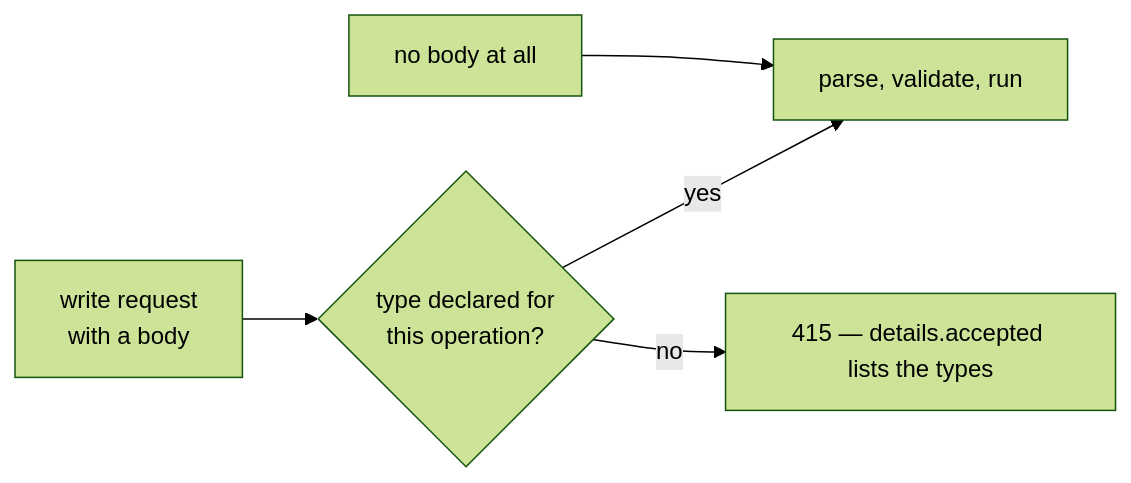
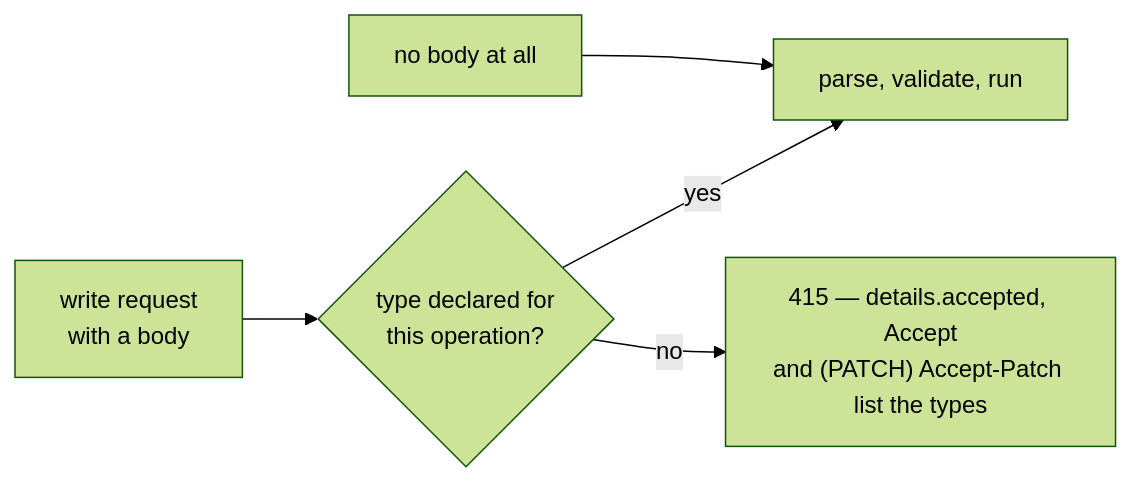
Before and after one commit to Guebbit/boilerplate-node-backend: the second of 4 diagrams in docs/api/write-methods.md, drawn with Mermaid (forest theme). The commit also changed other lines of this file and 10 other files, not shown here.

First line of the commit message:
feat(api): allow lists options everywhere, and a 415 names the types it takes

````diff
--- a/docs/api/write-methods.md
+++ b/docs/api/write-methods.md
@@ -313,7 +313,7 @@
 ```mermaid
 flowchart LR
     R["write request<br/>with a body"] --> G{"type declared for<br/>this operation?"}
     G -->|"yes"| P["parse, validate, run"]
-    G -->|"no"| E["415 — details.accepted lists the types"]
+    G -->|"no"| E["415 — details.accepted, Accept<br/>and (PATCH) Accept-Patch list the types"]
     N["no body at all"] --> P
 ```
````
